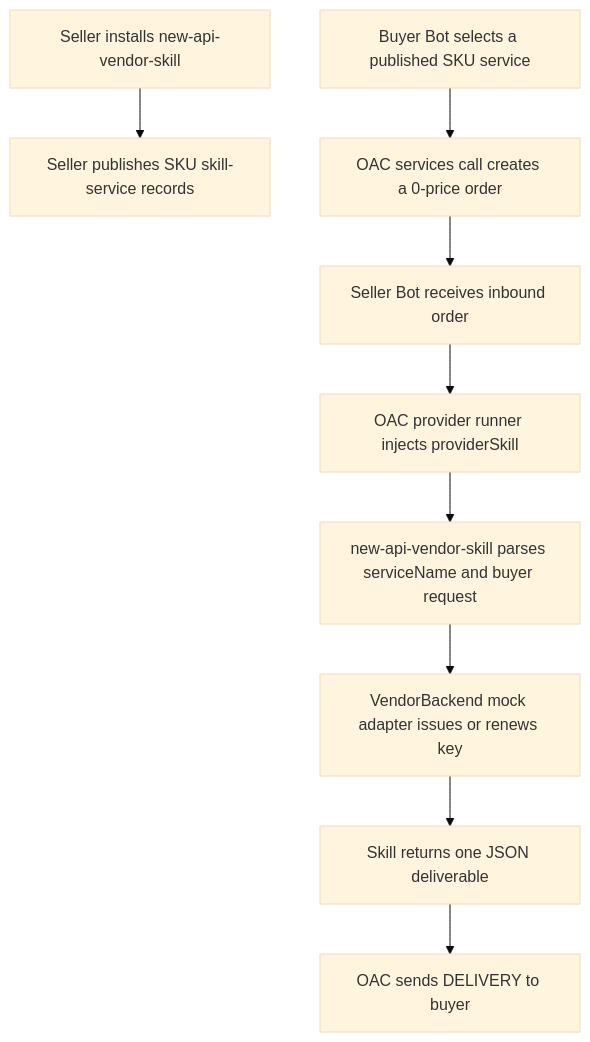
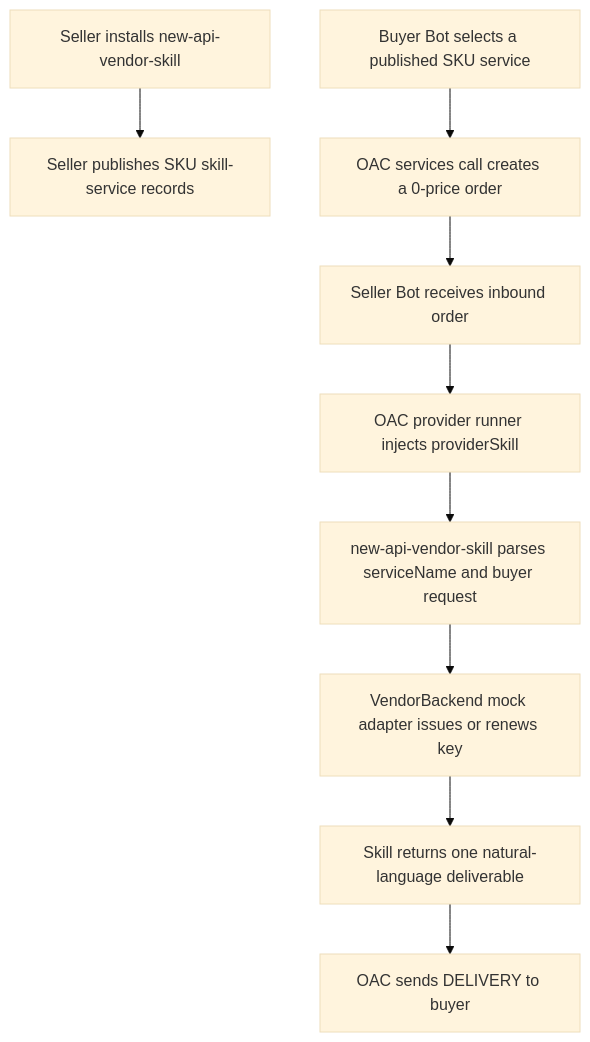
The diagram in docs/superpowers/specs/2026-05-24-new-api-vendor-skill-sdd.md (openagentinternet/open-agent-connect), drawn with Mermaid (base theme) before and after one commit. The commit also changed other lines of this file and 10 other files, not shown here.

````diff
--- a/docs/superpowers/specs/2026-05-24-new-api-vendor-skill-sdd.md
+++ b/docs/superpowers/specs/2026-05-24-new-api-vendor-skill-sdd.md
@@ -83,11 +83,11 @@
 ```mermaid
 flowchart TD
   A["Seller installs new-api-vendor-skill"] --> B["Seller publishes SKU skill-service records"]
   C["Buyer Bot selects a published SKU service"] --> D["OAC services call creates a 0-price order"]
   D --> E["Seller Bot receives inbound order"]
   E --> F["OAC provider runner injects providerSkill"]
   F --> G["new-api-vendor-skill parses serviceName and buyer request"]
   G --> H["VendorBackend mock adapter issues or renews key"]
-  H --> I["Skill returns one JSON deliverable"]
+  H --> I["Skill returns one natural-language deliverable"]
   I --> J["OAC sends DELIVERY to buyer"]
 ```
````
